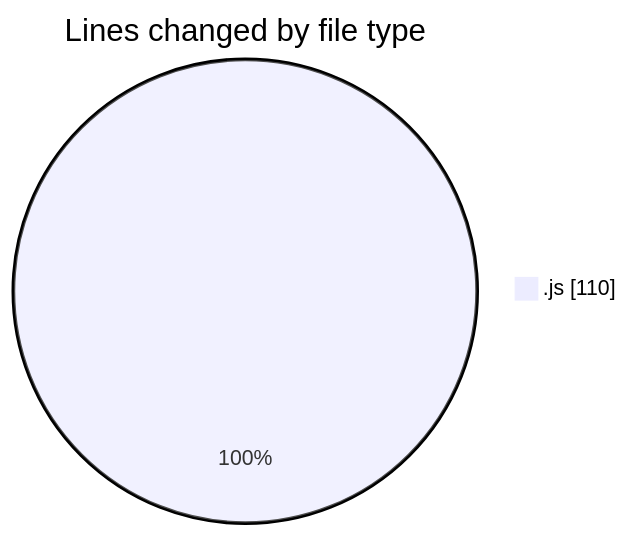
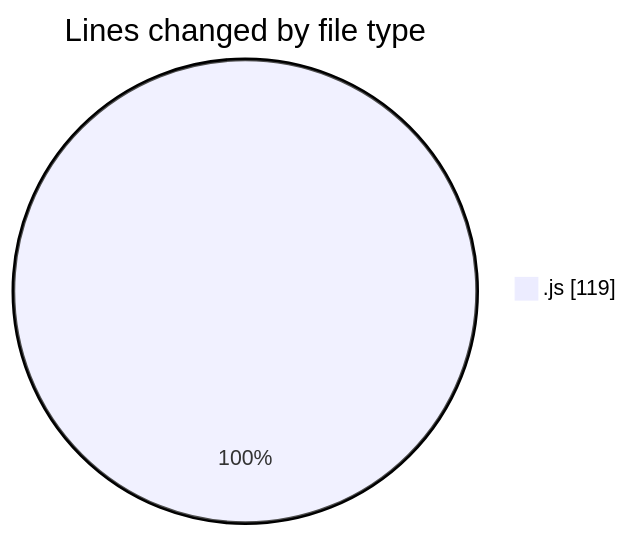
The first of 2 diagrams in 2025-07-27/javascript/README.md (Ritupan-Deka/code-tracking), drawn with Mermaid before and after one commit. The commit also changed other lines of this file and 1 other file, not shown here.

````diff
--- a/2025-07-27/javascript/README.md
+++ b/2025-07-27/javascript/README.md
@@ -20,5 +20,5 @@
 ```mermaid
 pie showData
 title Lines changed by file type
-".js" : 110
+".js" : 119
 ```
````
